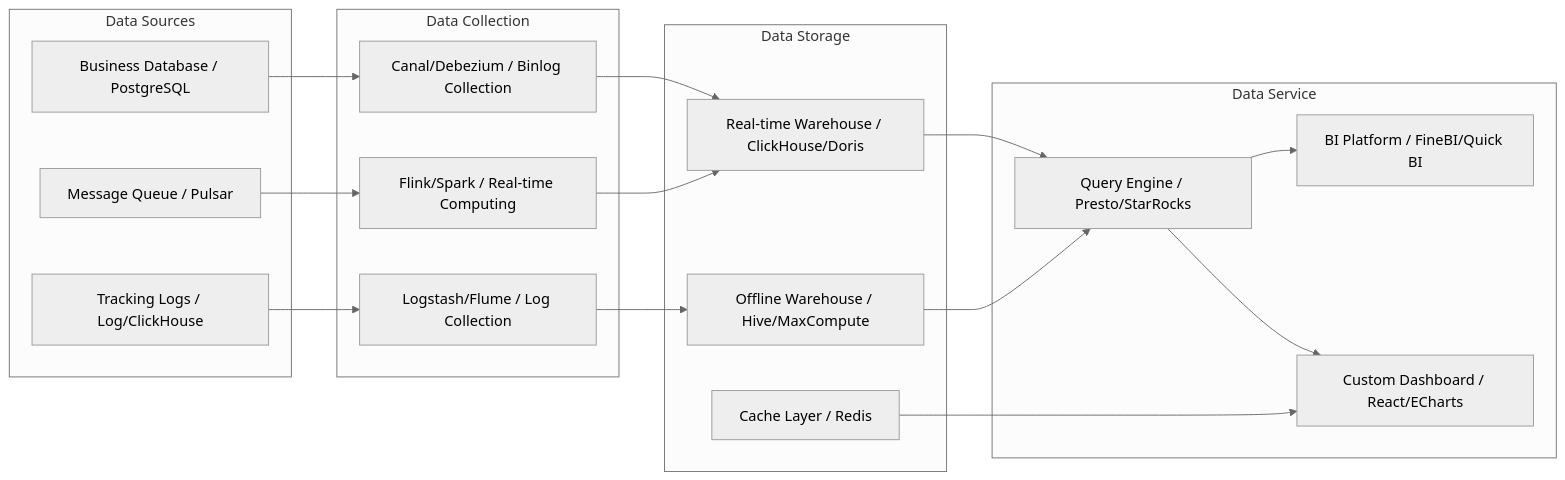
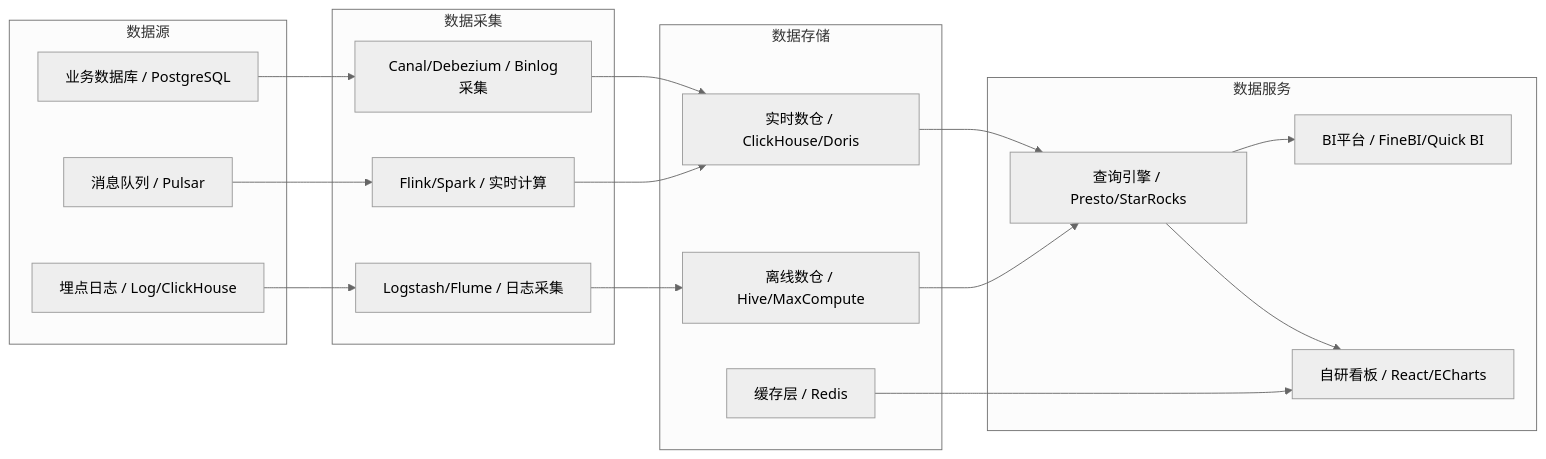
One commit to Kirky-X/cangjie changed the ninth of 9 diagrams in templates/Product/Operations/Template-Dashboard.md. Above: the diagram before and after it, drawn with Mermaid (neutral theme). The commit also changed other lines of this file and 33 other files, not shown here.

````diff
--- a/templates/Product/Operations/Template-Dashboard.md
+++ b/templates/Product/Operations/Template-Dashboard.md
@@ -468,37 +468,37 @@
 ```mermaid
 
 
 flowchart LR
-    subgraph "Data Sources"
-        S1["Business Database / PostgreSQL"]
-        S2["Message Queue / Pulsar"]
-        S3["Tracking Logs / Log/ClickHouse"]
+    subgraph "数据源"
+        S1["业务数据库 / PostgreSQL"]
+        S2["消息队列 / Pulsar"]
+        S3["埋点日志 / Log/ClickHouse"]
     end
 
-    subgraph "Data Collection"
-        C1["Canal/Debezium / Binlog Collection"]
-        C2["Flink/Spark / Real-time Computing"]
-        C3["Logstash/Flume / Log Collection"]
+    subgraph "数据采集"
+        C1["Canal/Debezium / Binlog采集"]
+        C2["Flink/Spark / 实时计算"]
+        C3["Logstash/Flume / 日志采集"]
     end
 
-    subgraph "Data Storage"
-        D1["Real-time Warehouse / ClickHouse/Doris"]
-        D2["Offline Warehouse / Hive/MaxCompute"]
-        D3["Cache Layer / Redis"]
+    subgraph "数据存储"
+        D1["实时数仓 / ClickHouse/Doris"]
+        D2["离线数仓 / Hive/MaxCompute"]
+        D3["缓存层 / Redis"]
     end
 
-    subgraph "Data Service"
-        V1["Query Engine / Presto/StarRocks"]
-        V2["BI Platform / FineBI/Quick BI"]
-        V3["Custom Dashboard / React/ECharts"]
+    subgraph "数据服务"
+        V1["查询引擎 / Presto/StarRocks"]
+        V2["BI平台 / FineBI/Quick BI"]
+        V3["自研看板 / React/ECharts"]
     end
 
     S1 --> C1 --> D1
     S2 --> C2 --> D1
     S3 --> C3 --> D2
     D1 --> V1
     D2 --> V1
     V1 --> V2
     V1 --> V3
     D3 --> V3
 ```
````
